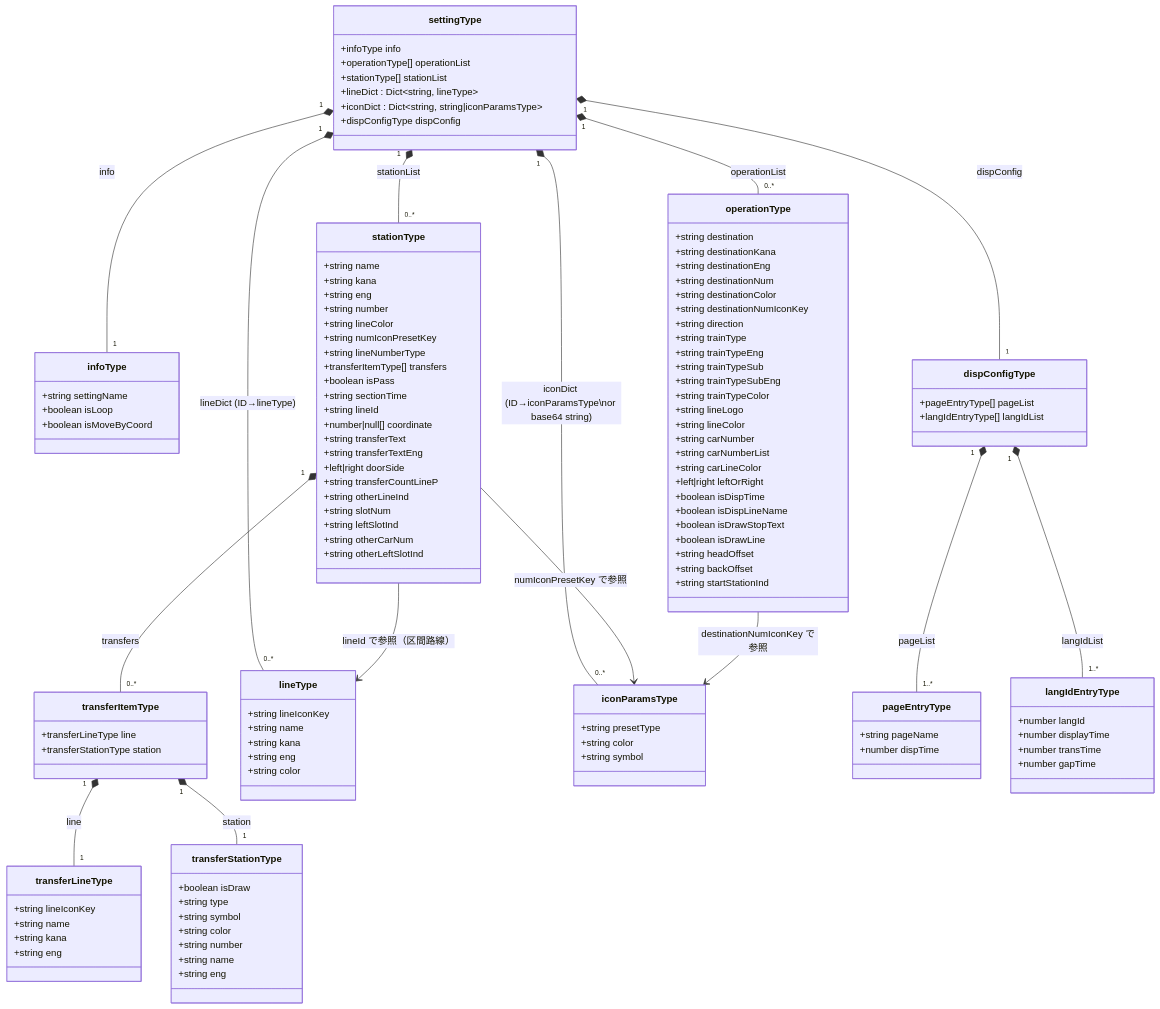
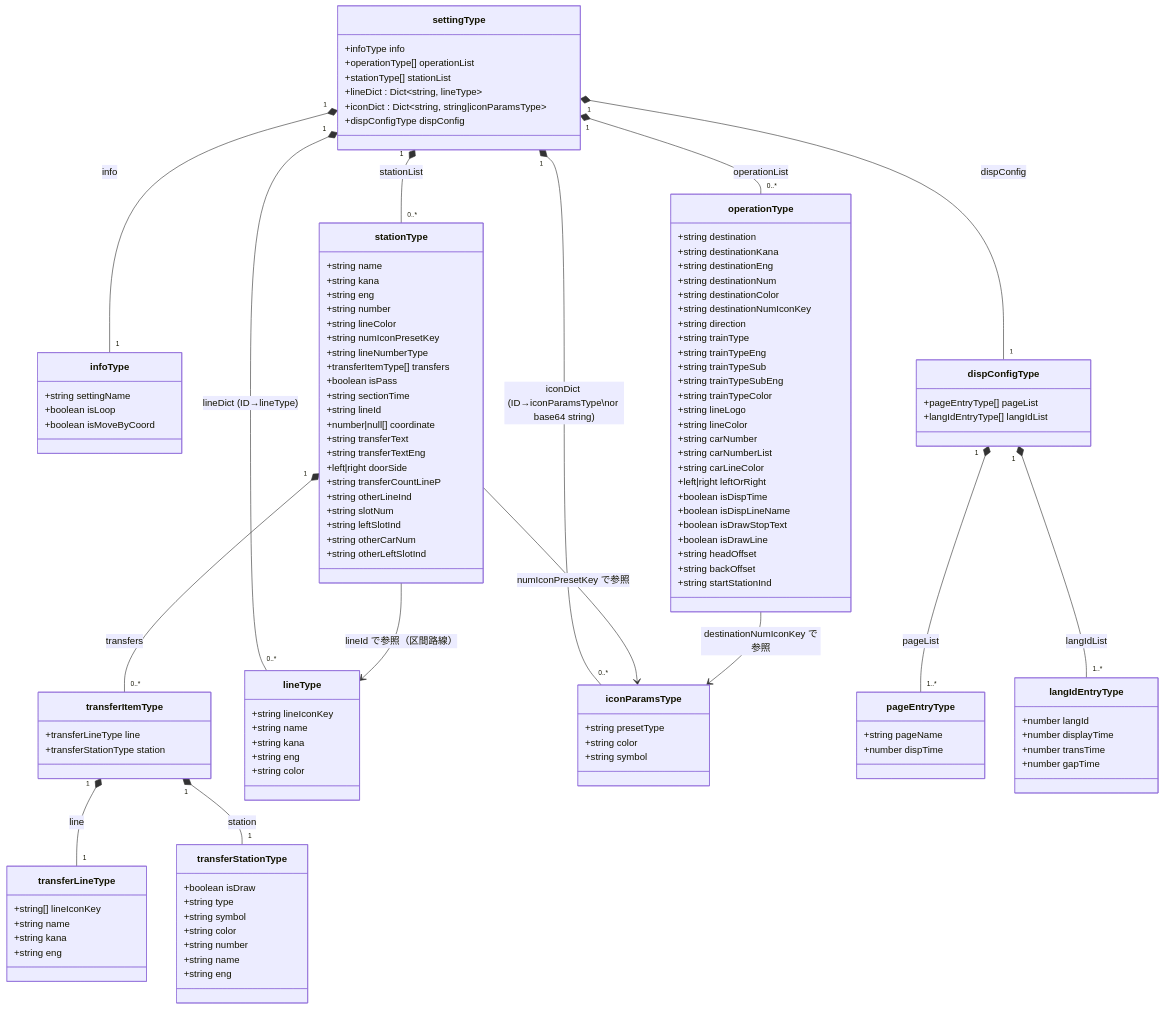
The first of 4 diagrams in spec.md (gosenzoo/trainLCD_deploy), drawn with Mermaid before and after one commit. The commit also changed other lines of this file and 5 other files, not shown here.

```diff
--- a/spec.md
+++ b/spec.md
@@ -116,7 +116,7 @@
     }
 
     class transferLineType {
-        +string lineIconKey
+        +string[] lineIconKey
         +string name
         +string kana
         +string eng
```
